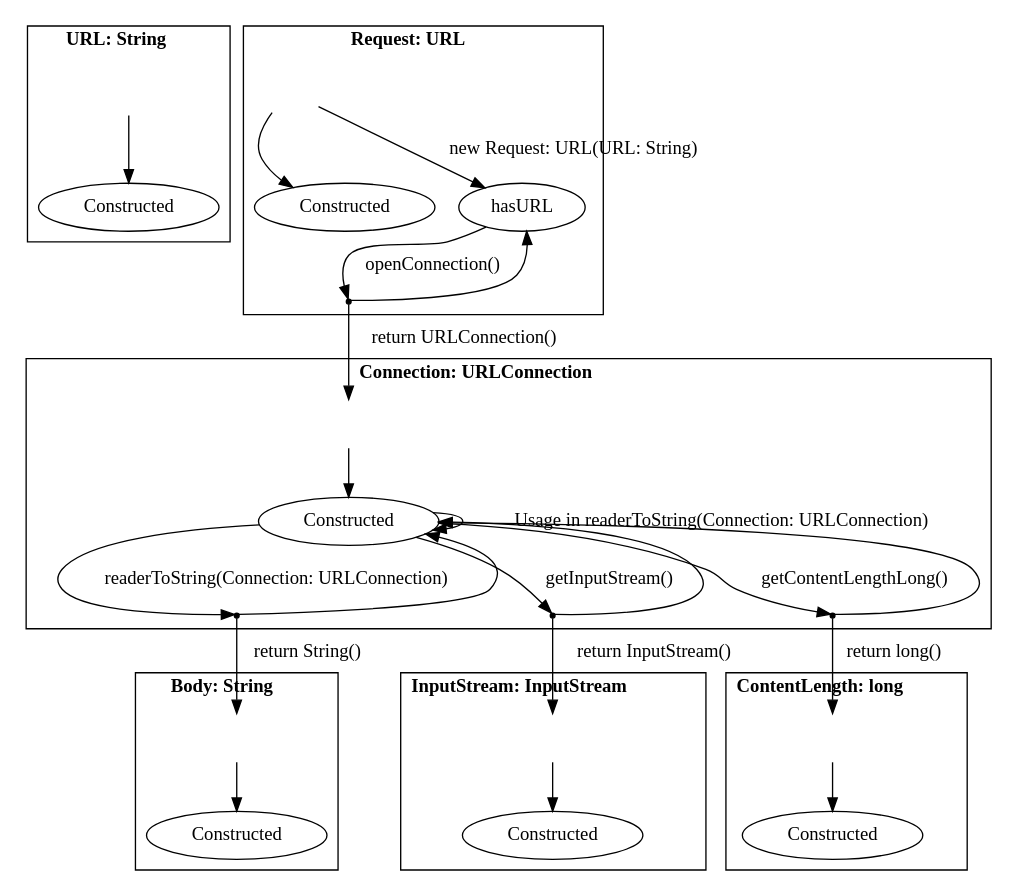
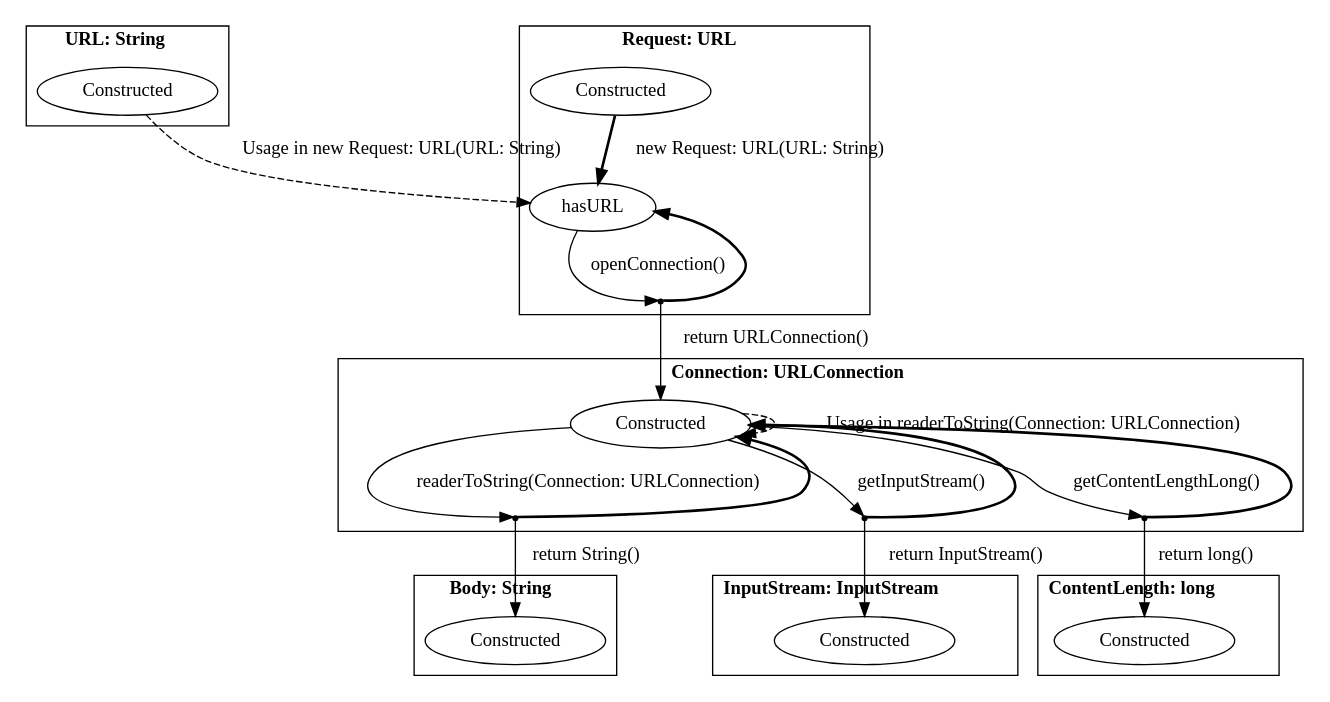
The diagram in java.dot (h31/LibraryMigration), drawn with Graphviz before and after one commit. The commit also changed 9 other files, not shown here.

Commit message:
Add a style to graph edges, remove Init state

```diff
--- a/java.dot
+++ b/java.dot
@@ -1,57 +1,46 @@
 digraph G {
     subgraph cluster0 {
     label = <<B>URL: String</B>>;
-        Init_URL [ label="Init" , style = invis ];
-        Constructed_URL [ label="Constructed"  ];
+        Constructed_URL [ label="Constructed" ];
     }
     subgraph cluster1 {
     label = <<B>Request: URL</B>>;
-        Init_Request [ label="Init" , style = invis ];
-        Constructed_Request [ label="Constructed"  ];
-        hasURL_Request [ label="hasURL"  ];
+        Constructed_Request [ label="Constructed" ];
+        hasURL_Request [ label="hasURL" ];
         virtual0 [ shape = point ];
     }
     subgraph cluster2 {
     label = <<B>Connection: URLConnection</B>>;
-        Init_Connection [ label="Init" , style = invis ];
-        Constructed_Connection [ label="Constructed"  ];
+        Constructed_Connection [ label="Constructed" ];
         virtual1 [ shape = point ];
         virtual2 [ shape = point ];
         virtual3 [ shape = point ];
     }
     subgraph cluster3 {
     label = <<B>Body: String</B>>;
-        Init_Body [ label="Init" , style = invis ];
-        Constructed_Body [ label="Constructed"  ];
+        Constructed_Body [ label="Constructed" ];
     }
     subgraph cluster4 {
     label = <<B>InputStream: InputStream</B>>;
-        Init_InputStream [ label="Init" , style = invis ];
-        Constructed_InputStream [ label="Constructed"  ];
+        Constructed_InputStream [ label="Constructed" ];
     }
     subgraph cluster5 {
     label = <<B>ContentLength: long</B>>;
-        Init_ContentLength [ label="Init" , style = invis ];
-        Constructed_ContentLength [ label="Constructed"  ];
+        Constructed_ContentLength [ label="Constructed" ];
     }
-        Init_URL -> Constructed_URL [ label=""  ];
-        Init_Request -> Constructed_Request [ label=""  ];
-        Init_Request -> hasURL_Request [ label="new Request: URL(URL: String)"  ];
+        Constructed_URL -> hasURL_Request [ label="Usage in new Request: URL(URL: String)", style = "dashed"  ];
+        Constructed_Request -> hasURL_Request [ label="new Request: URL(URL: String)", style = "bold"  ];
         hasURL_Request -> virtual0 [ label="openConnection()"  ];
-        virtual0 -> hasURL_Request ;
-        virtual0 -> Init_Connection [ label="return URLConnection()"  ];
-        Init_Connection -> Constructed_Connection [ label=""  ];
+        virtual0 -> hasURL_Request [ style = "bold"  ];
+        virtual0 -> Constructed_Connection [ label="return URLConnection()"  ];
         Constructed_Connection -> virtual1 [ label="readerToString(Connection: URLConnection)"  ];
-        virtual1 -> Constructed_Connection ;
-        virtual1 -> Init_Body [ label="return String()"  ];
-        Constructed_Connection -> Constructed_Connection [ label="Usage in readerToString(Connection: URLConnection)"  ];
+        virtual1 -> Constructed_Connection [ style = "bold"  ];
+        virtual1 -> Constructed_Body [ label="return String()"  ];
+        Constructed_Connection -> Constructed_Connection [ label="Usage in readerToString(Connection: URLConnection)", style = "dashed"  ];
         Constructed_Connection -> virtual2 [ label="getInputStream()"  ];
-        virtual2 -> Constructed_Connection ;
-        virtual2 -> Init_InputStream [ label="return InputStream()"  ];
+        virtual2 -> Constructed_Connection [ style = "bold"  ];
+        virtual2 -> Constructed_InputStream [ label="return InputStream()"  ];
         Constructed_Connection -> virtual3 [ label="getContentLengthLong()"  ];
-        virtual3 -> Constructed_Connection ;
-        virtual3 -> Init_ContentLength [ label="return long()"  ];
-        Init_Body -> Constructed_Body [ label=""  ];
-        Init_InputStream -> Constructed_InputStream [ label=""  ];
-        Init_ContentLength -> Constructed_ContentLength [ label=""  ];
+        virtual3 -> Constructed_Connection [ style = "bold"  ];
+        virtual3 -> Constructed_ContentLength [ label="return long()"  ];
 }
```
